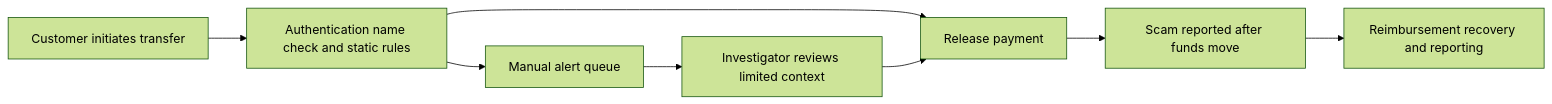
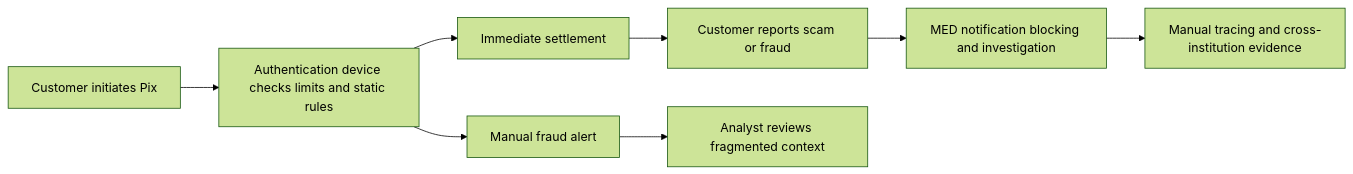
The first of 2 diagrams in docs/opportunities/segments/financial-services/FIN-001-app-scam-intervention.md (wildersa/azure_ref_kit), drawn with Mermaid (forest theme) before and after one commit. The commit also changed other lines of this file, not shown here.

Commit message:
docs: localize FIN-001 to Brazil Pix fraud controls

````diff
--- a/docs/opportunities/segments/financial-services/FIN-001-app-scam-intervention.md
+++ b/docs/opportunities/segments/financial-services/FIN-001-app-scam-intervention.md
@@ -51,10 +68,10 @@
 ```mermaid
 flowchart LR
-  Payment[Customer initiates transfer] --> Rules[Authentication name check and static rules]
-  Rules --> Pass[Release payment]
-  Rules --> Alert[Manual alert queue]
-  Pass --> Claim[Scam reported after funds move]
-  Alert --> Review[Investigator reviews limited context]
-  Review --> Pass
-  Claim --> Reimburse[Reimbursement recovery and reporting]
+  Pix[Customer initiates Pix] --> Auth[Authentication device checks limits and static rules]
+  Auth --> Release[Immediate settlement]
+  Auth --> Queue[Manual fraud alert]
+  Release --> Report[Customer reports scam or fraud]
+  Report --> MED[MED notification blocking and investigation]
+  MED --> Trace[Manual tracing and cross-institution evidence]
+  Queue --> Analyst[Analyst reviews fragmented context]
 ```
````
